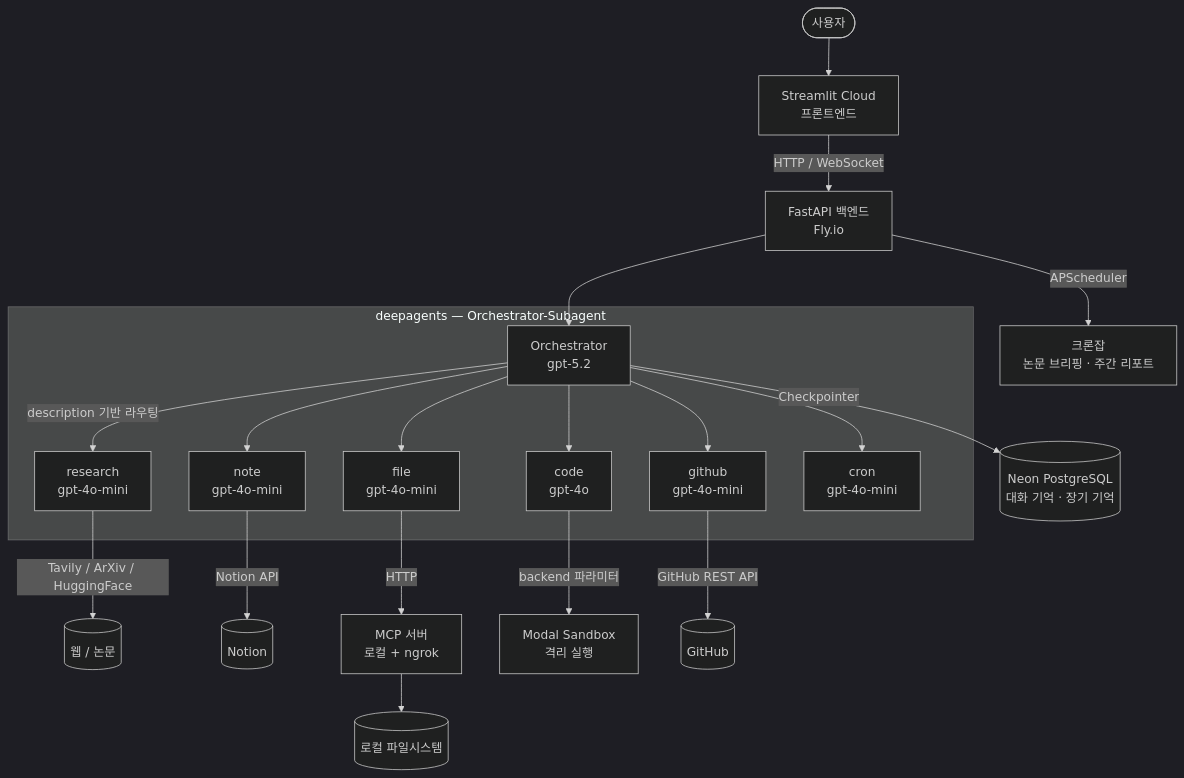
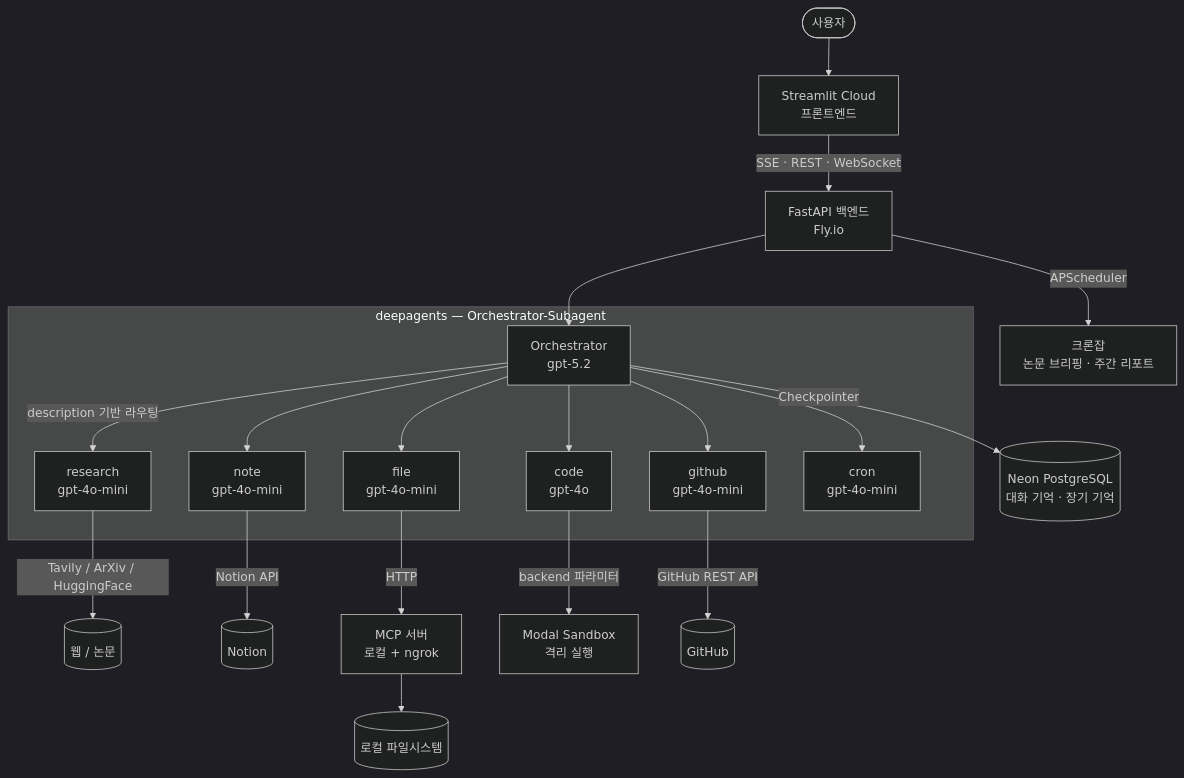
One commit to emma-atdev/my_personal_assistant changed the diagram in README.md. Above: the diagram before and after it, drawn with Mermaid (dark theme). The commit also changed other lines of this file and 4 other files, not shown here.

````diff
--- a/README.md
+++ b/README.md
@@ -52,25 +52,25 @@
 ```mermaid
 graph TD
     User([사용자]) --> Streamlit[Streamlit Cloud\n프론트엔드]
-    Streamlit -->|HTTP / WebSocket| FastAPI[FastAPI 백엔드\nFly.io]
+    Streamlit -->|SSE · REST · WebSocket| FastAPI[FastAPI 백엔드\nFly.io]
     FastAPI --> Orchestrator
 
     subgraph Agent["deepagents — Orchestrator-Subagent"]
         Orchestrator["Orchestrator\ngpt-5.2"]
         Orchestrator -->|description 기반 라우팅| research["research\ngpt-4o-mini"]
         Orchestrator --> note["note\ngpt-4o-mini"]
         Orchestrator --> file["file\ngpt-4o-mini"]
         Orchestrator --> code["code\ngpt-4o"]
         Orchestrator --> github["github\ngpt-4o-mini"]
         Orchestrator --> cron["cron\ngpt-4o-mini"]
     end
 
     research -->|Tavily / ArXiv / HuggingFace| Web[(웹 / 논문)]
     note -->|Notion API| Notion[(Notion)]
     file -->|HTTP| MCP["MCP 서버\n로컬 + ngrok"]
     MCP --> LocalFS[(로컬 파일시스템)]
     code -->|backend 파라미터| Modal["Modal Sandbox\n격리 실행"]
     github -->|GitHub REST API| GitHub[(GitHub)]
     Orchestrator -->|Checkpointer| DB[(Neon PostgreSQL\n대화 기억 · 장기 기억)]
     FastAPI -->|APScheduler| Cron["크론잡\n논문 브리핑 · 주간 리포트"]
 ```
````
